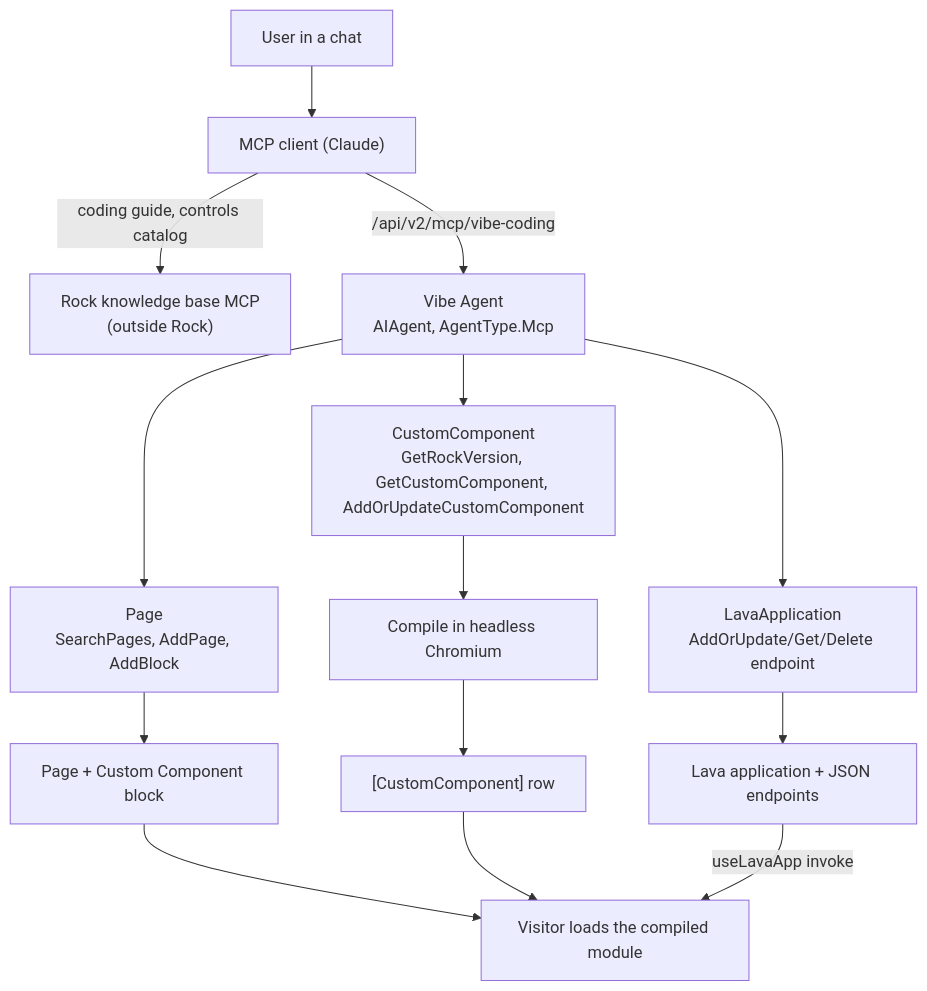
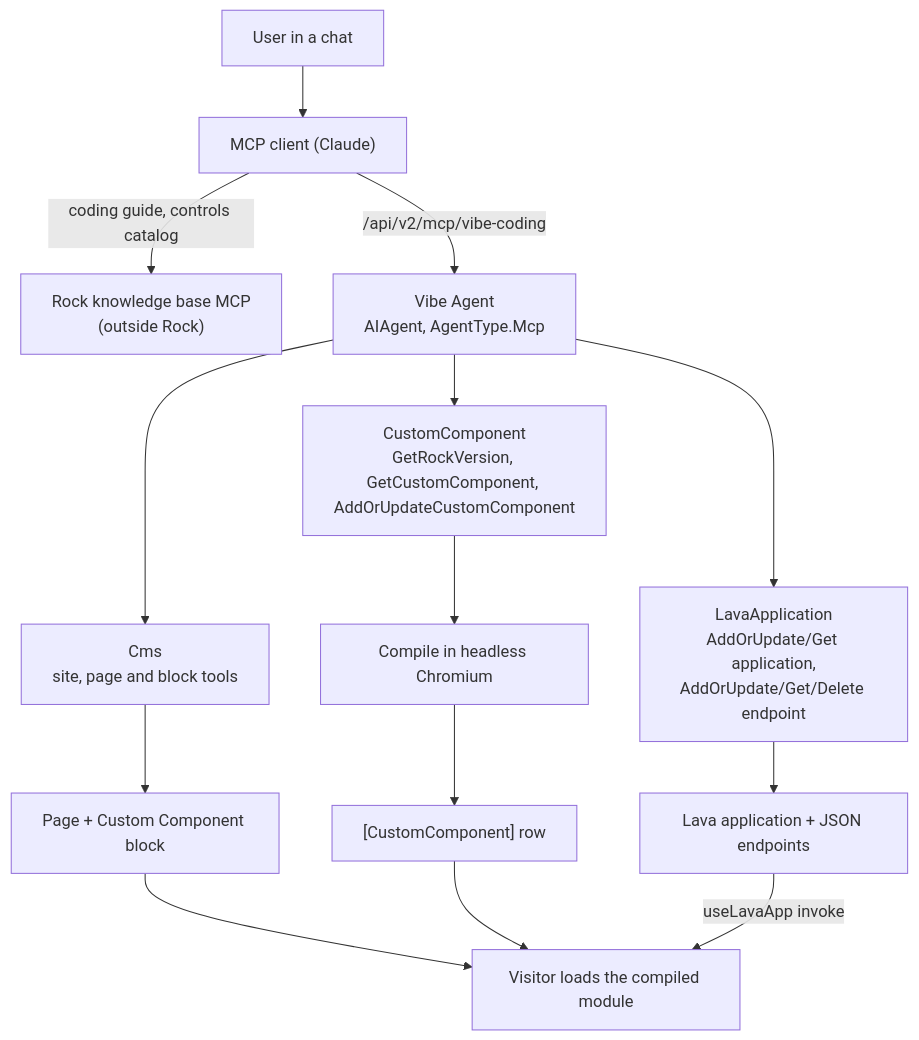
The diagram in specs/260814-vibe-coding-custom-components.md (SparkDevNetwork/Rock), drawn with Mermaid before and after one commit. The commit also changed other lines of this file and 33 other files, not shown here.

````diff
--- a/specs/260814-vibe-coding-custom-components.md
+++ b/specs/260814-vibe-coding-custom-components.md
@@ -79,16 +79,16 @@
 ```mermaid
 flowchart TD
     User["User in a chat"] --> Client["MCP client (Claude)"]
     Client -->|"coding guide, controls catalog"| KB["Rock knowledge base MCP<br/>(outside Rock)"]
     Client -->|"/api/v2/mcp/vibe-coding"| Agent["Vibe Agent<br/>AIAgent, AgentType.Mcp"]
-    Agent --> PB["Page<br/>SearchPages, AddPage, AddBlock"]
-    Agent --> LD["LavaApplication<br/>AddOrUpdate/Get/Delete endpoint"]
+    Agent --> PB["Cms<br/>site, page and block tools"]
+    Agent --> LD["LavaApplication<br/>AddOrUpdate/Get application,<br/>AddOrUpdate/Get/Delete endpoint"]
     Agent --> VC["CustomComponent<br/>GetRockVersion, GetCustomComponent, AddOrUpdateCustomComponent"]
     PB --> Page["Page + Custom Component block"]
     LD --> Lava["Lava application + JSON endpoints"]
     VC --> Compile["Compile in headless Chromium"]
     Compile --> Table["[CustomComponent] row"]
     Page --> Visitor["Visitor loads the compiled module"]
     Table --> Visitor
     Lava -->|"useLavaApp invoke"| Visitor
 ```
````
